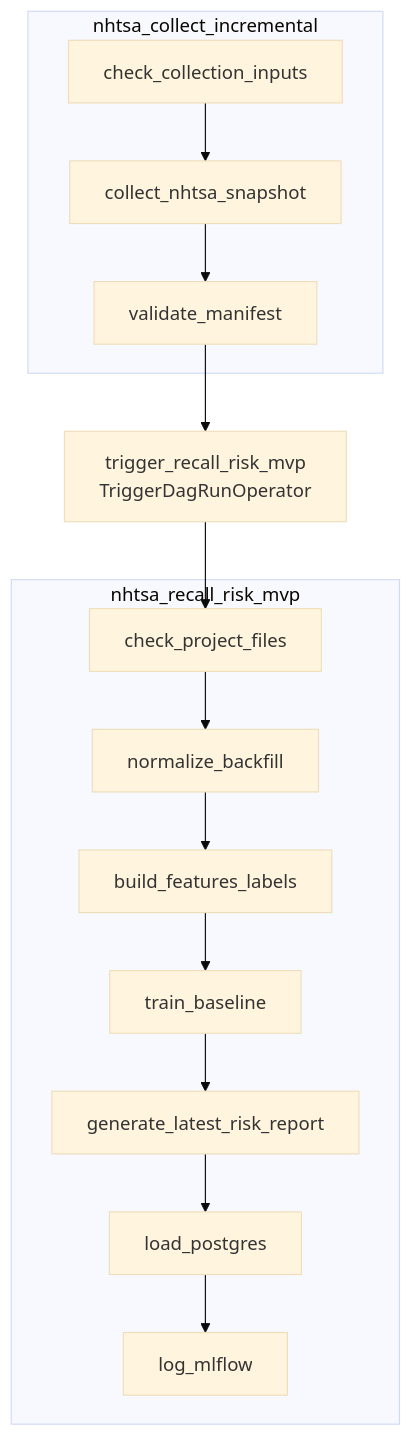
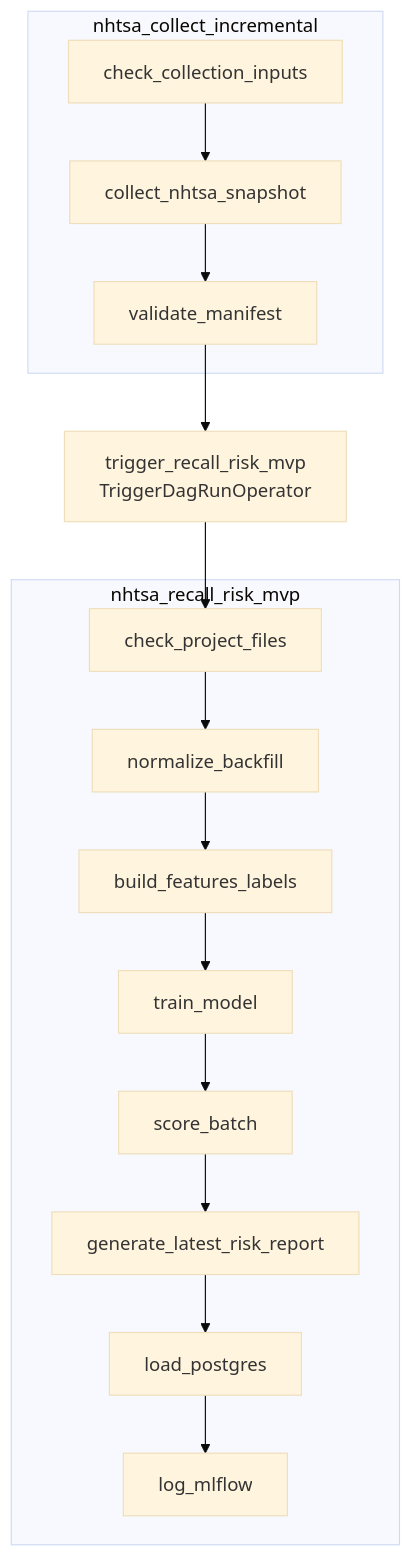
One commit to belucent0/vehicle-recall-risk-mlops changed the second of 5 diagrams in docs/ARCHITECTURE_VISUALIZATION.md. Above: the diagram before and after it, drawn with Mermaid (base theme). The commit also changed other lines of this file and 12 other files, not shown here.

````diff
--- a/docs/ARCHITECTURE_VISUALIZATION.md
+++ b/docs/ARCHITECTURE_VISUALIZATION.md
@@ -116,23 +118,24 @@
 ```mermaid
 flowchart TB
     subgraph collect["nhtsa_collect_incremental"]
         a["check_collection_inputs"]
         b["collect_nhtsa_snapshot"]
         c["validate_manifest"]
         a --> b --> c
     end
 
     subgraph process["nhtsa_recall_risk_mvp"]
         p0["check_project_files"]
         p1["normalize_backfill"]
         p2["build_features_labels"]
-        p3["train_baseline"]
-        p4["generate_latest_risk_report"]
-        p5["load_postgres"]
-        p6["log_mlflow"]
-        p0 --> p1 --> p2 --> p3 --> p4 --> p5 --> p6
+        p3["train_model"]
+        p4["score_batch"]
+        p5["generate_latest_risk_report"]
+        p6["load_postgres"]
+        p7["log_mlflow"]
+        p0 --> p1 --> p2 --> p3 --> p4 --> p5 --> p6 --> p7
     end
 
     c --> t["trigger_recall_risk_mvp<br/>TriggerDagRunOperator"]
     t --> p0
 ```
````
